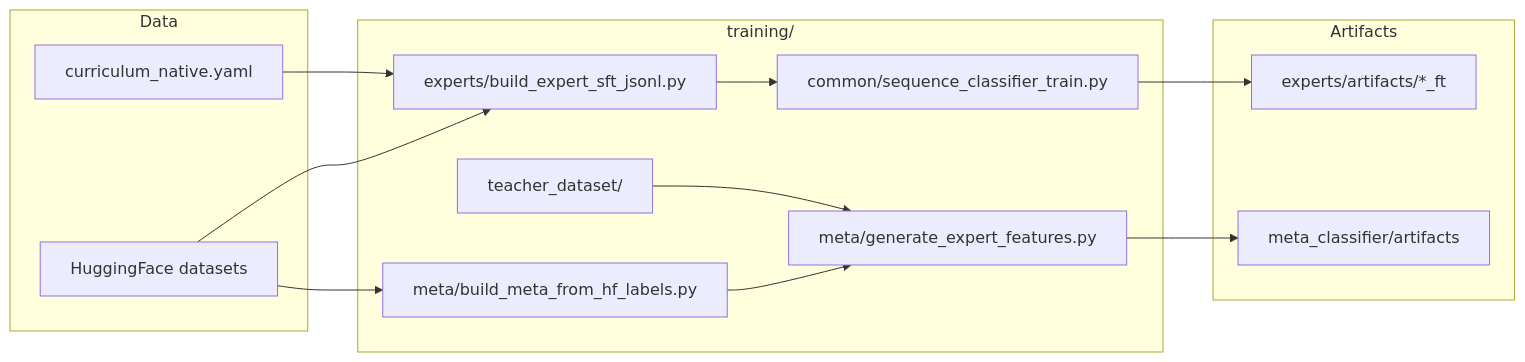
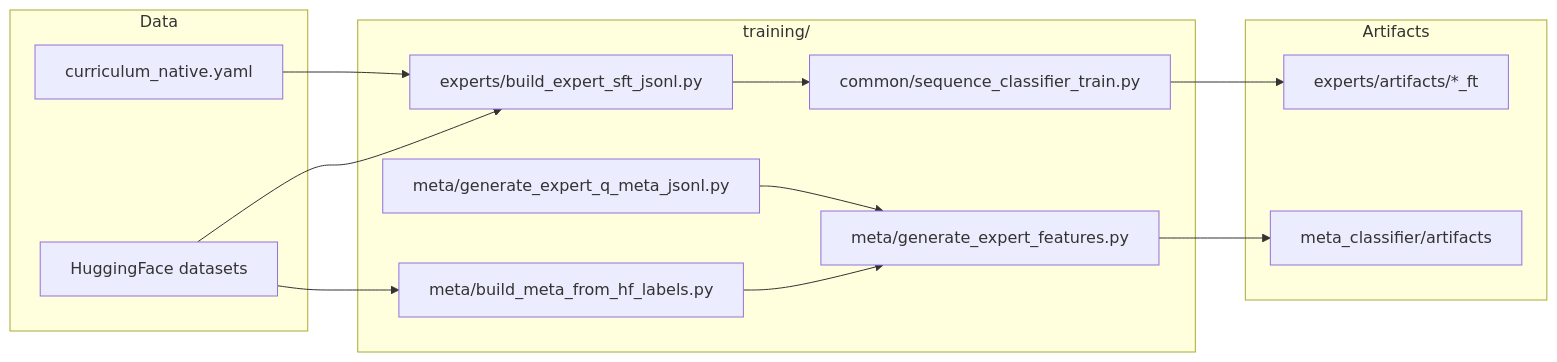
One commit to faketut/ArmyOfSafeguards changed the second of 2 diagrams in README.md. Above: the diagram before and after it, drawn with Mermaid. The commit also changed other lines of this file and 14 other files, not shown here.

First line of the commit message:
refactor(training): move expert-Q meta scripts to training/meta

````diff
--- a/README.md
+++ b/README.md
@@ -28,29 +28,29 @@
 ```mermaid
 flowchart LR
   subgraph data [Data]
     HF[HuggingFace datasets]
     CV[curriculum_native.yaml]
   end
 
   subgraph build [training/]
     BSF[experts/build_expert_sft_jsonl.py]
     SCT[common/sequence_classifier_train.py]
     BMH[meta/build_meta_from_hf_labels.py]
     GEF[meta/generate_expert_features.py]
-    TD[teacher_dataset/]
+    GEQQ[meta/generate_expert_q_meta_jsonl.py]
   end
 
   subgraph artifacts [Artifacts]
     SFT[experts/artifacts/*_ft]
     META[meta_classifier/artifacts]
   end
 
   HF --> BSF
   CV --> BSF
   BSF --> SCT
   SCT --> SFT
   HF --> BMH
   BMH --> GEF
-  TD --> GEF
+  GEQQ --> GEF
   GEF --> META
 ```
````
